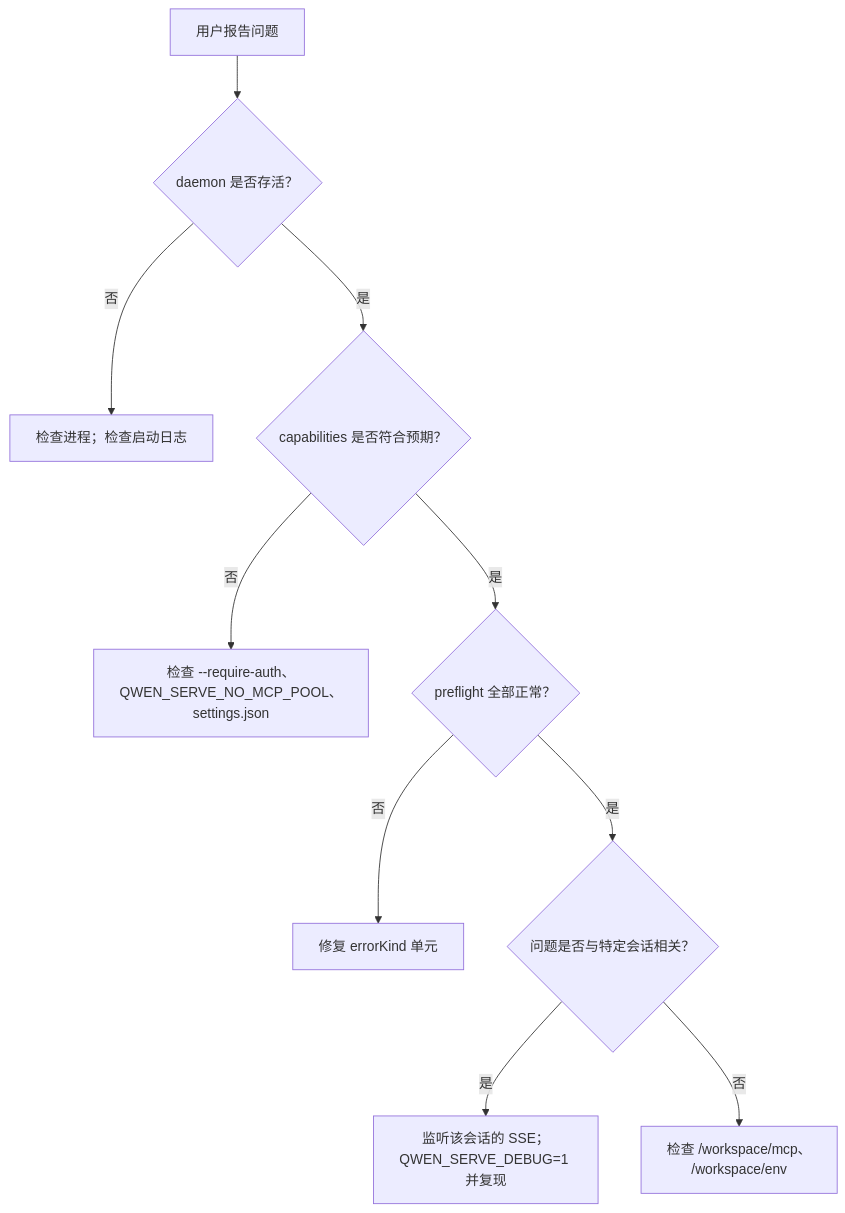
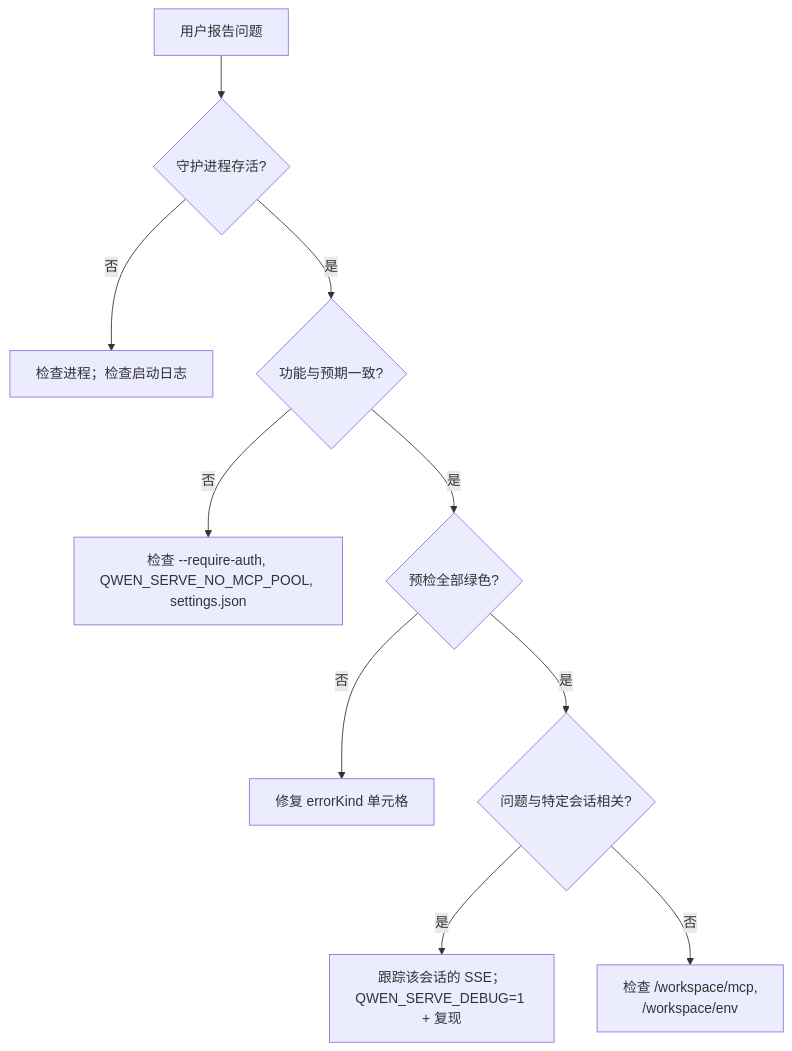
Before and after one commit to QwenLM/qwen-code-docs: the diagram in website/content/zh/developers/daemon/19-observability.md, drawn with Mermaid. The commit also changed other lines of this file and 1077 other files, not shown here.

````diff
--- a/website/content/zh/developers/daemon/19-observability.md
+++ b/website/content/zh/developers/daemon/19-observability.md
@@ -98,12 +98,12 @@
 ```mermaid
 flowchart TD
-    A[用户报告问题] --> B{daemon 是否存活？}
+    A[用户报告问题] --> B{守护进程存活?}
     B -->|否| BD[检查进程；检查启动日志]
-    B -->|是| C{capabilities 是否符合预期？}
-    C -->|否| CD["检查 --require-auth、QWEN_SERVE_NO_MCP_POOL、settings.json"]
-    C -->|是| D{preflight 全部正常？}
-    D -->|否| DD["修复 errorKind 单元"]
-    D -->|是| E{问题是否与特定会话相关？}
-    E -->|是| ES["监听该会话的 SSE；<br/>QWEN_SERVE_DEBUG=1 并复现"]
-    E -->|否| EW["检查 /workspace/mcp、<br/>/workspace/env"]
+    B -->|是| C{功能与预期一致?}
+    C -->|否| CD["检查 --require-auth, QWEN_SERVE_NO_MCP_POOL, settings.json"]
+    C -->|是| D{预检全部绿色?}
+    D -->|否| DD["修复 errorKind 单元格"]
+    D -->|是| E{问题与特定会话相关?}
+    E -->|是| ES["跟踪该会话的 SSE；<br/>QWEN_SERVE_DEBUG=1 + 复现"]
+    E -->|否| EW["检查 /workspace/mcp,<br/>/workspace/env"]
 ```
````
